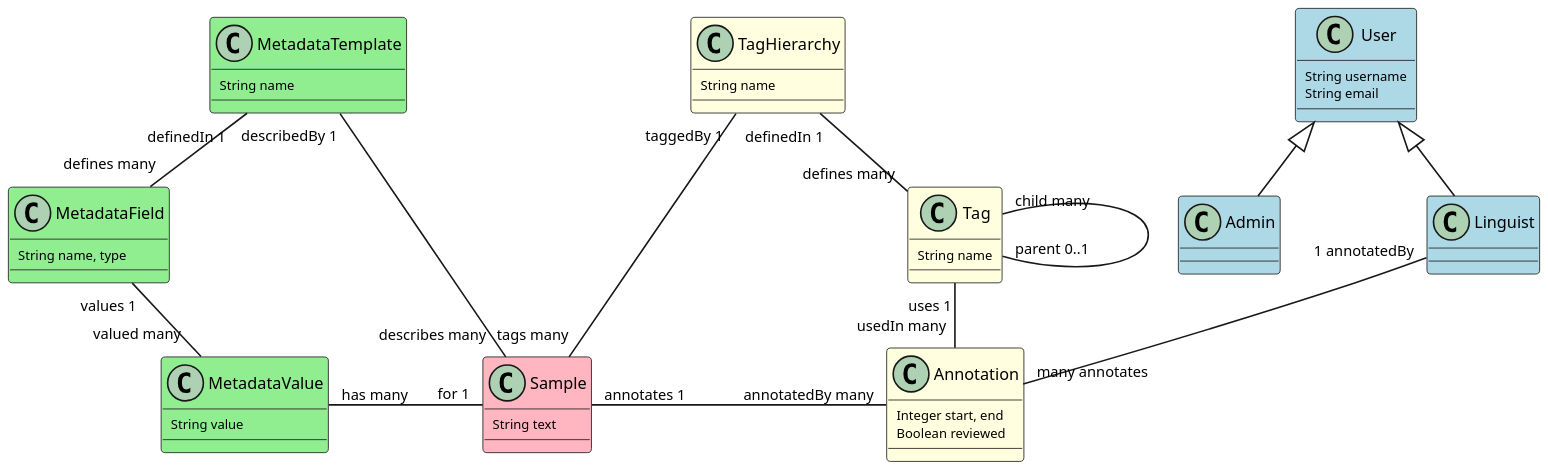
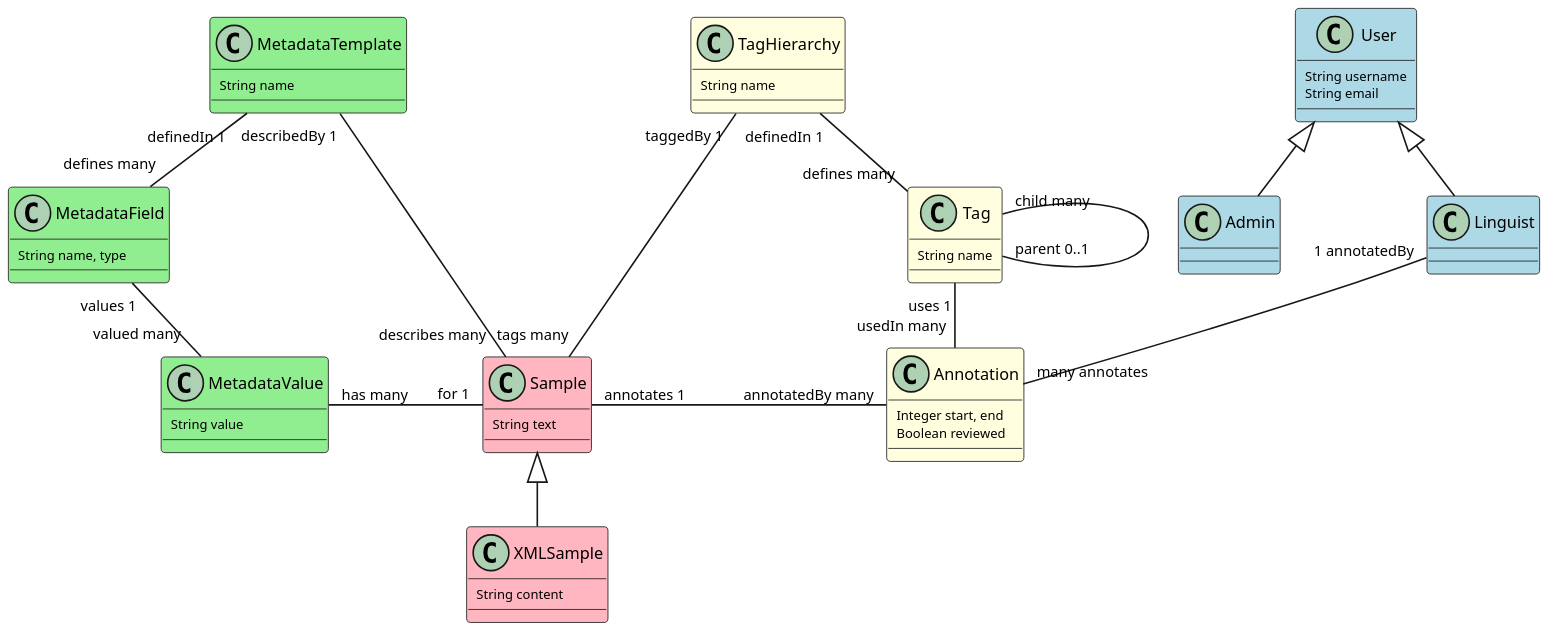
Before and after one commit to UdL-EPS-SoftArch/TextAnnot-API: the diagram in entity-model.puml, drawn with PlantUML.

Commit message:
Add XMLSample to entity diagram

```diff
--- a/entity-model.puml
+++ b/entity-model.puml
@@ -1,68 +1,72 @@
 @startuml
 
 skinparam dpi 200
 skinparam classAttributeFontSize 8
 skinparam classArrowFontSize 9
 skinparam classFontSize 10
 skinparam nodesep 90
 skinparam ranksep 40
 hide stereotype
 skinparam class {
 	BackgroundColor White
 	BackgroundColor<<Sample>> LightPink
 	BackgroundColor<<User>> LightBlue
 	BackgroundColor<<Metadata>> LightGreen
 	BackgroundColor<<Annotation>> LightYellow
 }
 
 class MetadataTemplate <<Metadata>> {
     String name
 }
 
 class MetadataField <<Metadata>> {
     String name, type
 }
 MetadataTemplate "definedIn 1" -- "defines many" MetadataField
 MetadataTemplate "describedBy 1" -- "describes many" Sample
 
 class MetadataValue <<Metadata>> {
     String value
 }
 MetadataValue "valued many" -up- "values 1" MetadataField
 MetadataValue "has many" -right- "for 1" Sample
 
 class Sample <<Sample>> {
     String text
 }
 
+class XMLSample <<Sample>> extends Sample {
+    String content
+}
+
 class TagHierarchy <<Annotation>> {
     String name
 }
 TagHierarchy "taggedBy 1" -- "tags many" Sample
 
 class Tag <<Annotation>> {
     String name
 }
 Tag "defines many" -up- "definedIn 1" TagHierarchy
 Tag "child many" -- "parent 0..1" Tag
 Tag "uses 1" -- "usedIn many" Annotation
 
 class Annotation <<Annotation>> {
     Integer start, end
     Boolean reviewed
 }
 Annotation "annotatedBy many" -left- "annotates 1" Sample
 
 class User <<User>> {
     String username
     String email
 }
 
 class Linguist <<User>> extends User {
 }
 Linguist "1 annotatedBy" -- "many annotates" Annotation
 
 class Admin <<User>> extends User {
 }
 
 @enduml
```
